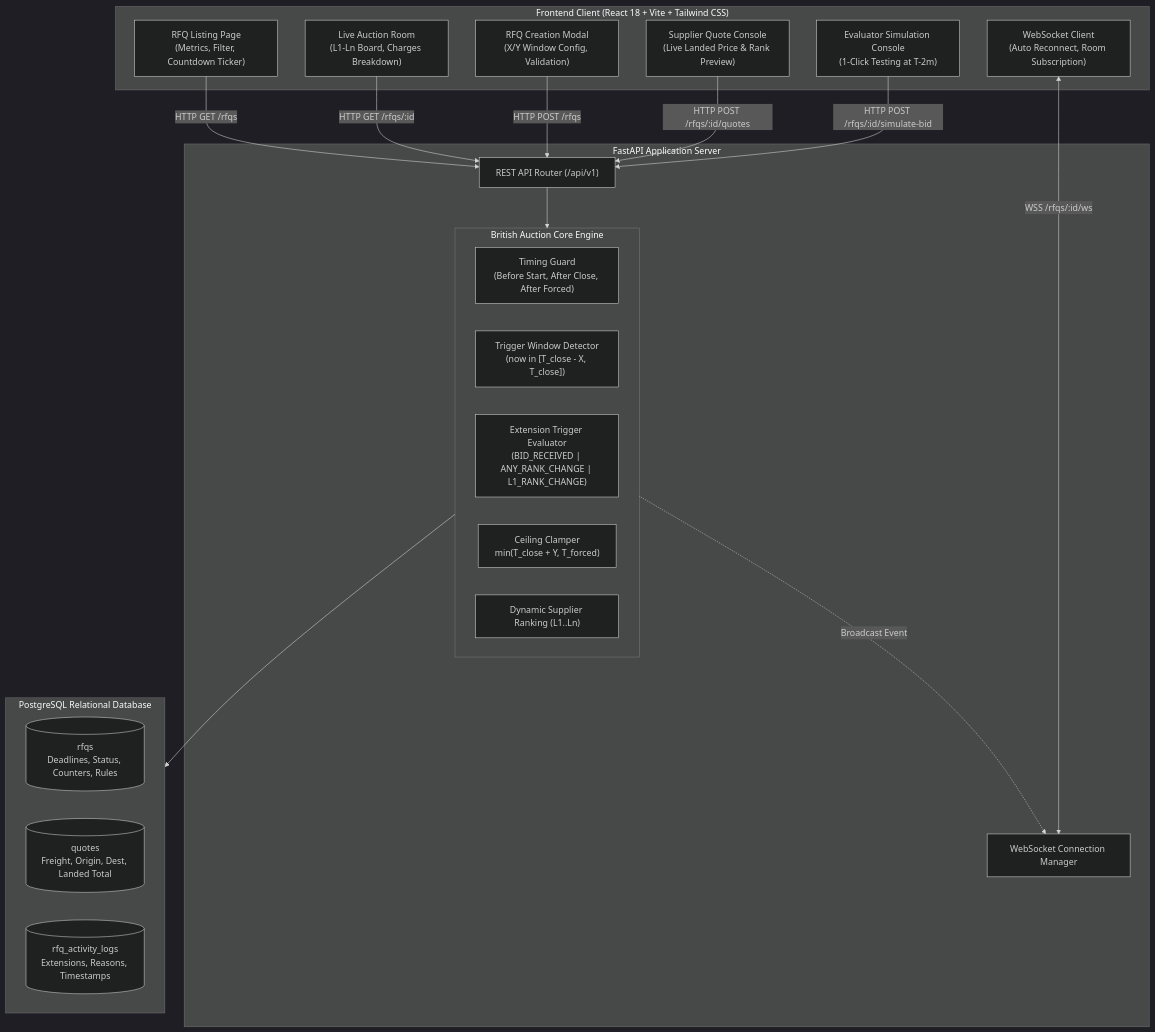
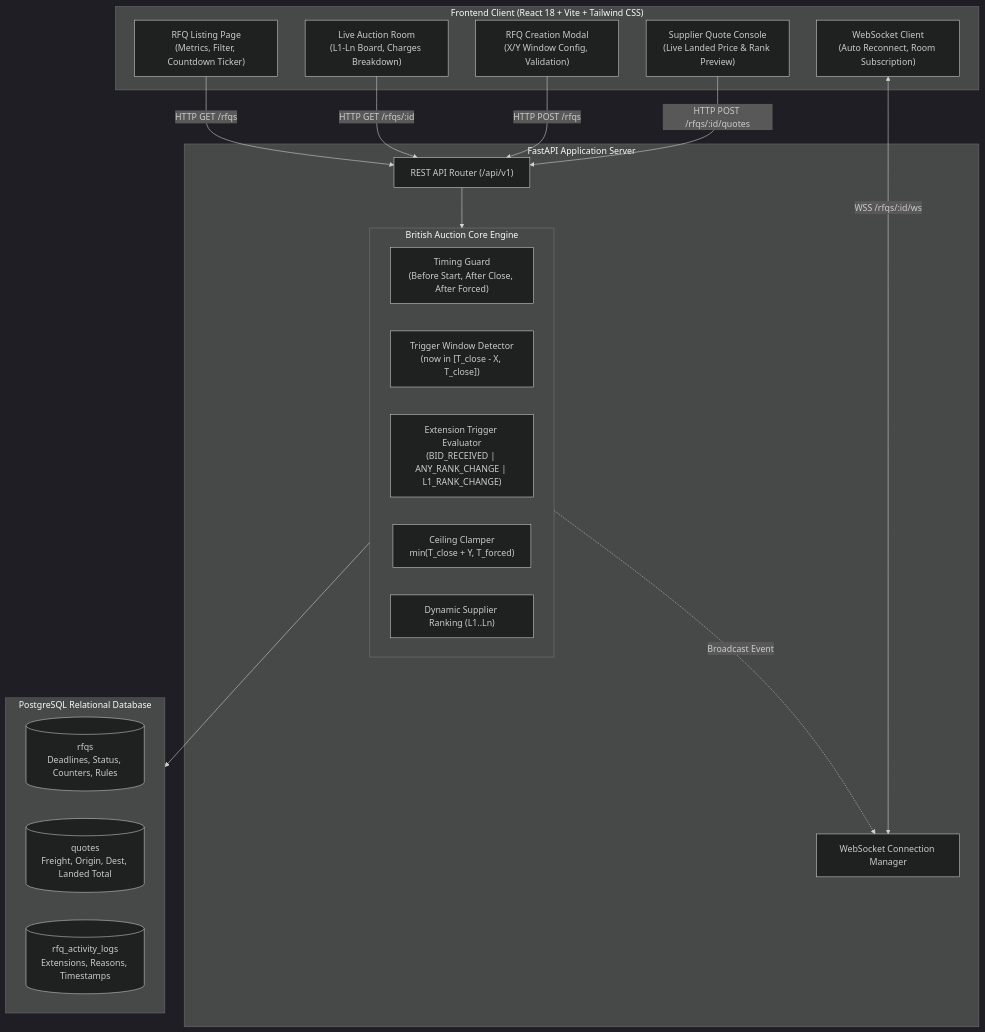
The first of 2 diagrams in docs/HLD_ARCHITECTURE.md (Swap-24/GoCometRFQ), drawn with Mermaid (dark theme) before and after one commit. The commit also changed 8 other files, not shown here.

````diff
--- a/docs/HLD_ARCHITECTURE.md
+++ b/docs/HLD_ARCHITECTURE.md
@@ -15,41 +15,39 @@
 ```mermaid
 flowchart TD
     subgraph ClientLayer["Frontend Client (React 18 + Vite + Tailwind CSS)"]
         UI_List["RFQ Listing Page<br/>(Metrics, Filter, Countdown Ticker)"]
         UI_Room["Live Auction Room<br/>(L1-Ln Board, Charges Breakdown)"]
         UI_Modal["RFQ Creation Modal<br/>(X/Y Window Config, Validation)"]
         UI_Quote["Supplier Quote Console<br/>(Live Landed Price & Rank Preview)"]
-        UI_Sim["Evaluator Simulation Console<br/>(1-Click Testing at T-2m)"]
         WS_Client["WebSocket Client<br/>(Auto Reconnect, Room Subscription)"]
     end
 
     subgraph APILayer["FastAPI Application Server"]
         HTTP_Router["REST API Router (/api/v1)"]
         WS_Broker["WebSocket Connection Manager"]
         
         subgraph Engine["British Auction Core Engine"]
             TimingGuard["Timing Guard<br/>(Before Start, After Close, After Forced)"]
             WindowDetector["Trigger Window Detector<br/>(now in [T_close - X, T_close])"]
             RuleEvaluator["Extension Trigger Evaluator<br/>(BID_RECEIVED | ANY_RANK_CHANGE | L1_RANK_CHANGE)"]
             CeilingClamper["Ceiling Clamper<br/>min(T_close + Y, T_forced)"]
             RankService["Dynamic Supplier Ranking (L1..Ln)"]
         end
     end
 
     subgraph StorageLayer["PostgreSQL Relational Database"]
         T_RFQS[("rfqs<br/>Deadlines, Status, Counters, Rules")]
         T_QUOTES[("quotes<br/>Freight, Origin, Dest, Landed Total")]
         T_LOGS[("rfq_activity_logs<br/>Extensions, Reasons, Timestamps")]
     end
 
     UI_List -->|HTTP GET /rfqs| HTTP_Router
     UI_Room -->|HTTP GET /rfqs/:id| HTTP_Router
     UI_Modal -->|HTTP POST /rfqs| HTTP_Router
     UI_Quote -->|HTTP POST /rfqs/:id/quotes| HTTP_Router
-    UI_Sim -->|HTTP POST /rfqs/:id/simulate-bid| HTTP_Router
     WS_Client <-->|WSS /rfqs/:id/ws| WS_Broker
 
     HTTP_Router --> Engine
     Engine --> StorageLayer
     Engine -.Broadcast Event.-> WS_Broker
 ```
````
